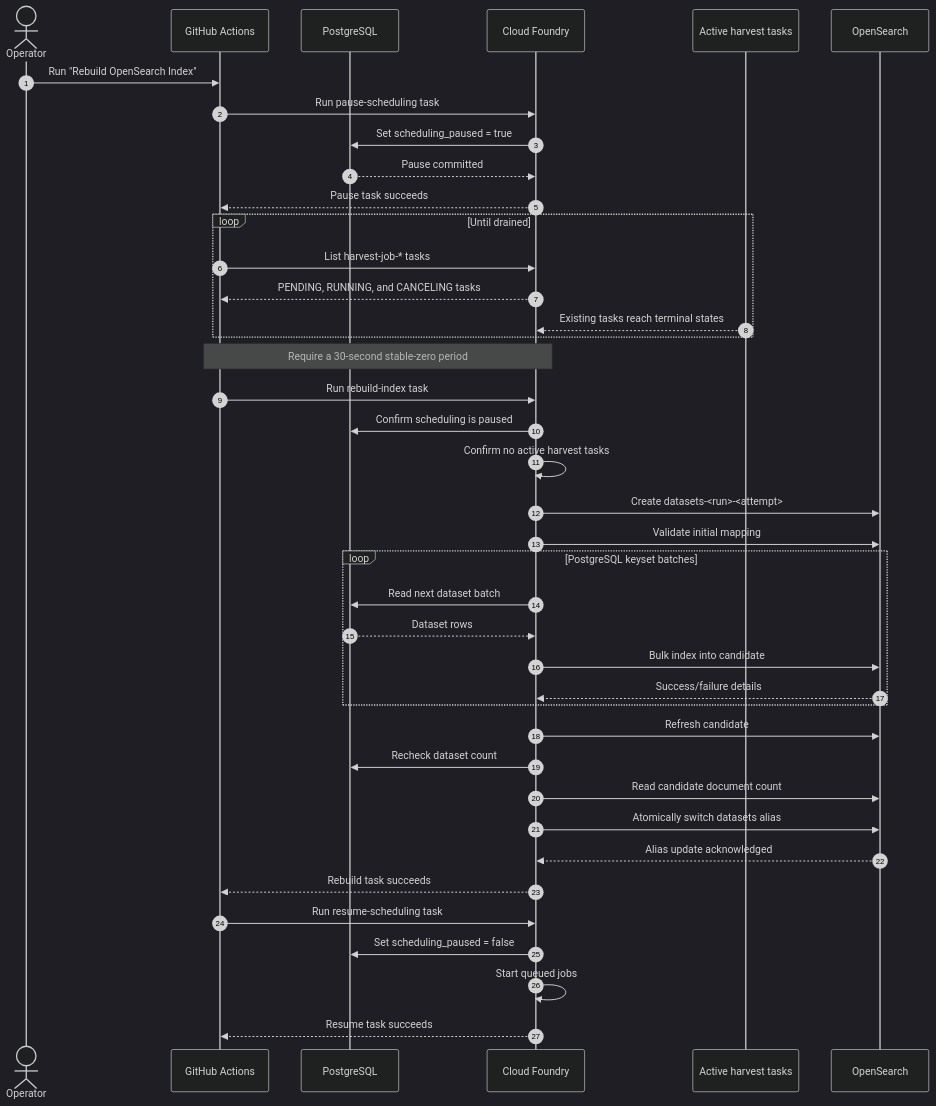
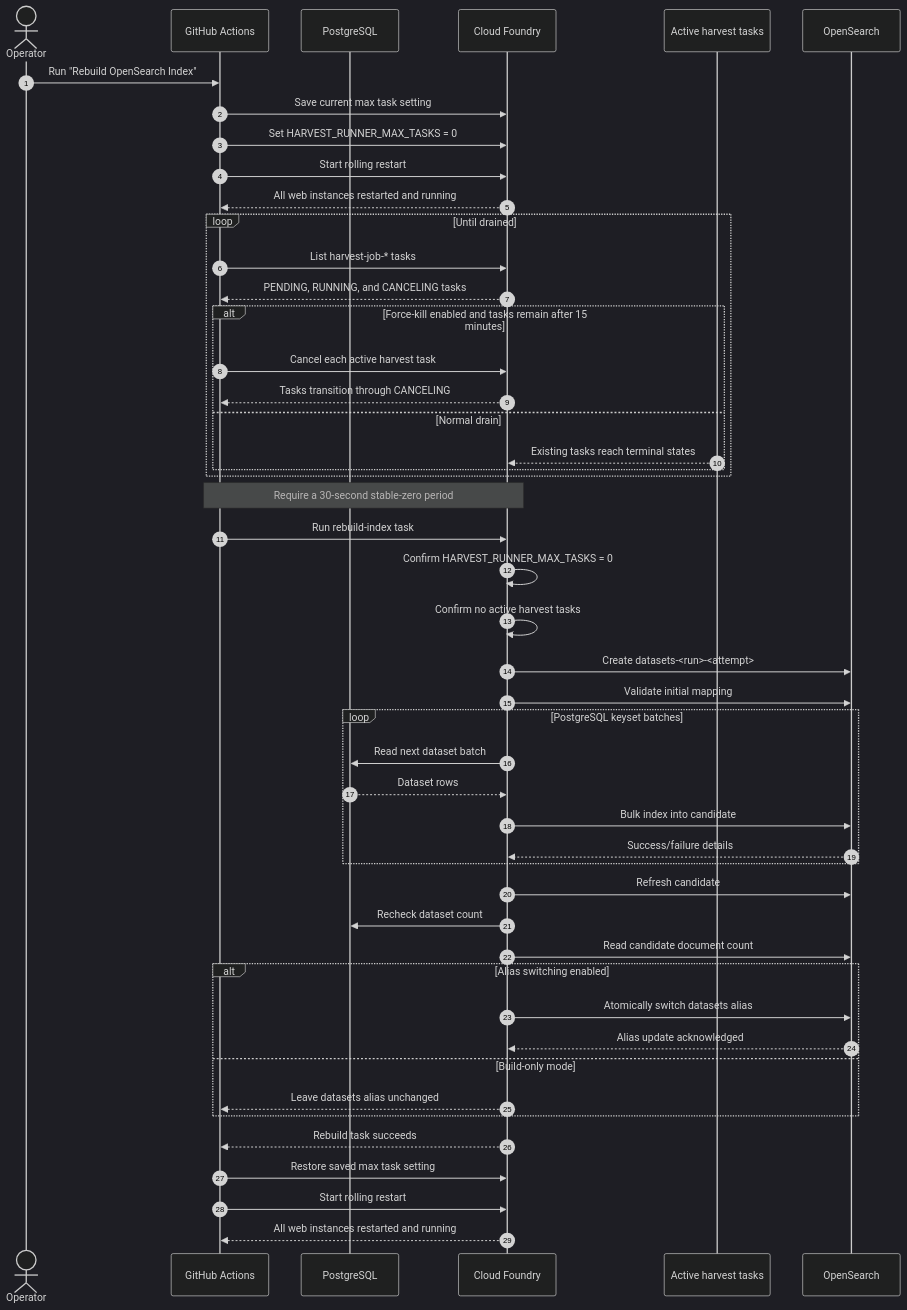
The second of 4 diagrams in docs/opensearch-index-rebuild.md (GSA/datagov-harvester), drawn with Mermaid (dark theme) before and after one commit. The commit also changed other lines of this file and 20 other files, not shown here.

````diff
--- a/docs/opensearch-index-rebuild.md
+++ b/docs/opensearch-index-rebuild.md
@@ -62,48 +66,56 @@
 ```mermaid
 sequenceDiagram
     autonumber
     actor O as Operator
     participant GH as GitHub Actions
     participant DB as PostgreSQL
     participant CF as Cloud Foundry
     participant H as Active harvest tasks
     participant OS as OpenSearch
 
     O->>GH: Run "Rebuild OpenSearch Index"
-    GH->>CF: Run pause-scheduling task
-    CF->>DB: Set scheduling_paused = true
-    DB-->>CF: Pause committed
-    CF-->>GH: Pause task succeeds
+    GH->>CF: Save current max task setting
+    GH->>CF: Set HARVEST_RUNNER_MAX_TASKS = 0
+    GH->>CF: Start rolling restart
+    CF-->>GH: All web instances restarted and running
 
     loop Until drained
         GH->>CF: List harvest-job-* tasks
         CF-->>GH: PENDING, RUNNING, and CANCELING tasks
-        H-->>CF: Existing tasks reach terminal states
+        alt Force-kill enabled and tasks remain after 15 minutes
+            GH->>CF: Cancel each active harvest task
+            CF-->>GH: Tasks transition through CANCELING
+        else Normal drain
+            H-->>CF: Existing tasks reach terminal states
+        end
     end
     Note over GH,CF: Require a 30-second stable-zero period
 
     GH->>CF: Run rebuild-index task
-    CF->>DB: Confirm scheduling is paused
+    CF->>CF: Confirm HARVEST_RUNNER_MAX_TASKS = 0
     CF->>CF: Confirm no active harvest tasks
     CF->>OS: Create datasets-<run>-<attempt>
     CF->>OS: Validate initial mapping
 
     loop PostgreSQL keyset batches
         CF->>DB: Read next dataset batch
         DB-->>CF: Dataset rows
         CF->>OS: Bulk index into candidate
         OS-->>CF: Success/failure details
     end
 
     CF->>OS: Refresh candidate
     CF->>DB: Recheck dataset count
     CF->>OS: Read candidate document count
-    CF->>OS: Atomically switch datasets alias
-    OS-->>CF: Alias update acknowledged
+    alt Alias switching enabled
+        CF->>OS: Atomically switch datasets alias
+        OS-->>CF: Alias update acknowledged
+    else Build-only mode
+        CF-->>GH: Leave datasets alias unchanged
+    end
     CF-->>GH: Rebuild task succeeds
 
-    GH->>CF: Run resume-scheduling task
-    CF->>DB: Set scheduling_paused = false
-    CF->>CF: Start queued jobs
-    CF-->>GH: Resume task succeeds
+    GH->>CF: Restore saved max task setting
+    GH->>CF: Start rolling restart
+    CF-->>GH: All web instances restarted and running
 ```
````
